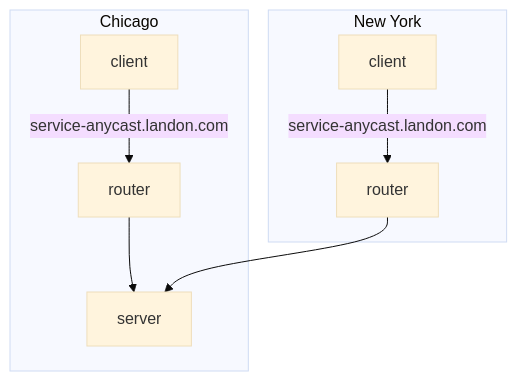
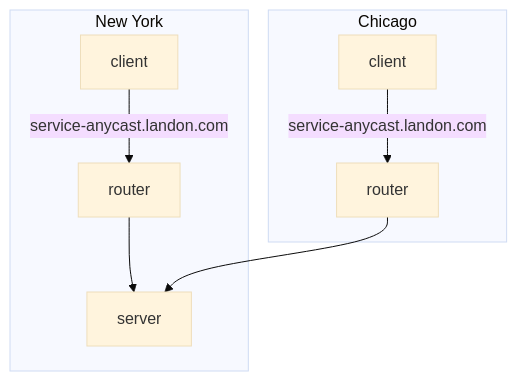
The second of 2 diagrams in docs/sysadmin/network_routing.md (LandonTClipp/LandonTClipp.github.io), drawn with Mermaid (base theme) before and after one commit.

Commit message:
damn mermaid, being weird and all

````diff
--- a/docs/sysadmin/network_routing.md
+++ b/docs/sysadmin/network_routing.md
@@ -31,17 +31,18 @@
 ```mermaid
 flowchart TD
     client
     router
 
     clientNY[client]
     routerNY[router]
     serverNY[server]
 
+    subgraph New York
+    clientNY -->|service-anycast.landon.com| routerNY --> serverNY
+    end
+
     subgraph Chicago
     client -->|service-anycast.landon.com| router --> serverNY
     end
 
-    subgraph New York
-    clientNY -->|service-anycast.landon.com| routerNY --> serverNY
-    end
 ```
````
